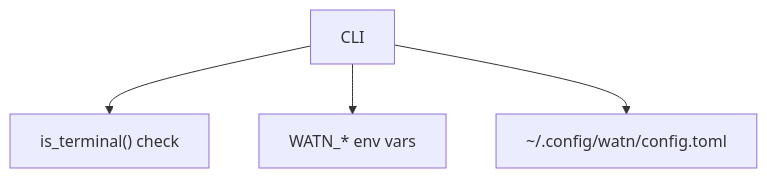
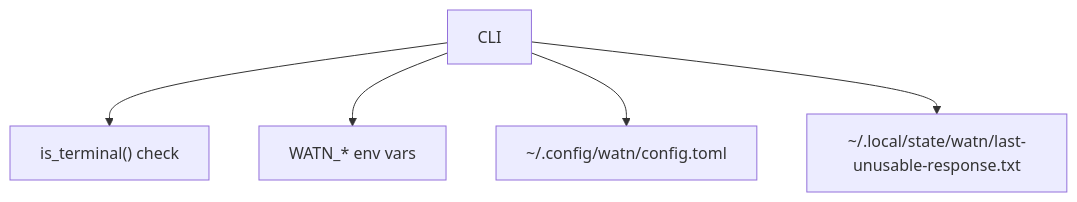
Before and after one commit to buster/watn: the second of 2 diagrams in docs/arc42/03-context-and-scope.md, drawn with Mermaid. The commit also changed other lines of this file and 20 other files, not shown here.

````diff
--- a/docs/arc42/03-context-and-scope.md
+++ b/docs/arc42/03-context-and-scope.md
@@ -55,10 +55,12 @@
 ```mermaid
 graph TB
     TTY["is_terminal() check"]
     Env["WATN_* env vars"]
     Config["~/.config/watn/config.toml"]
+    StateFile["~/.local/state/watn/last-unusable-response.txt"]
 
     CLI --> TTY
     CLI --> Env
     CLI --> Config
+    CLI --> StateFile
 ```
````
